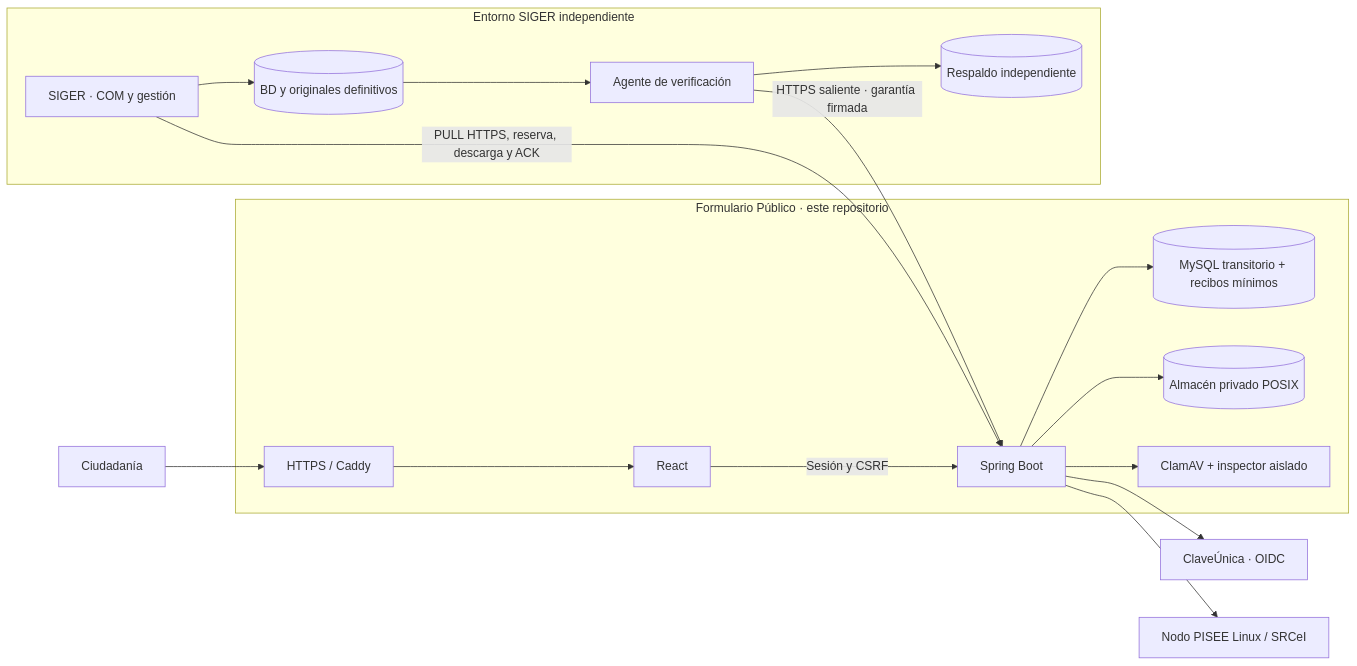
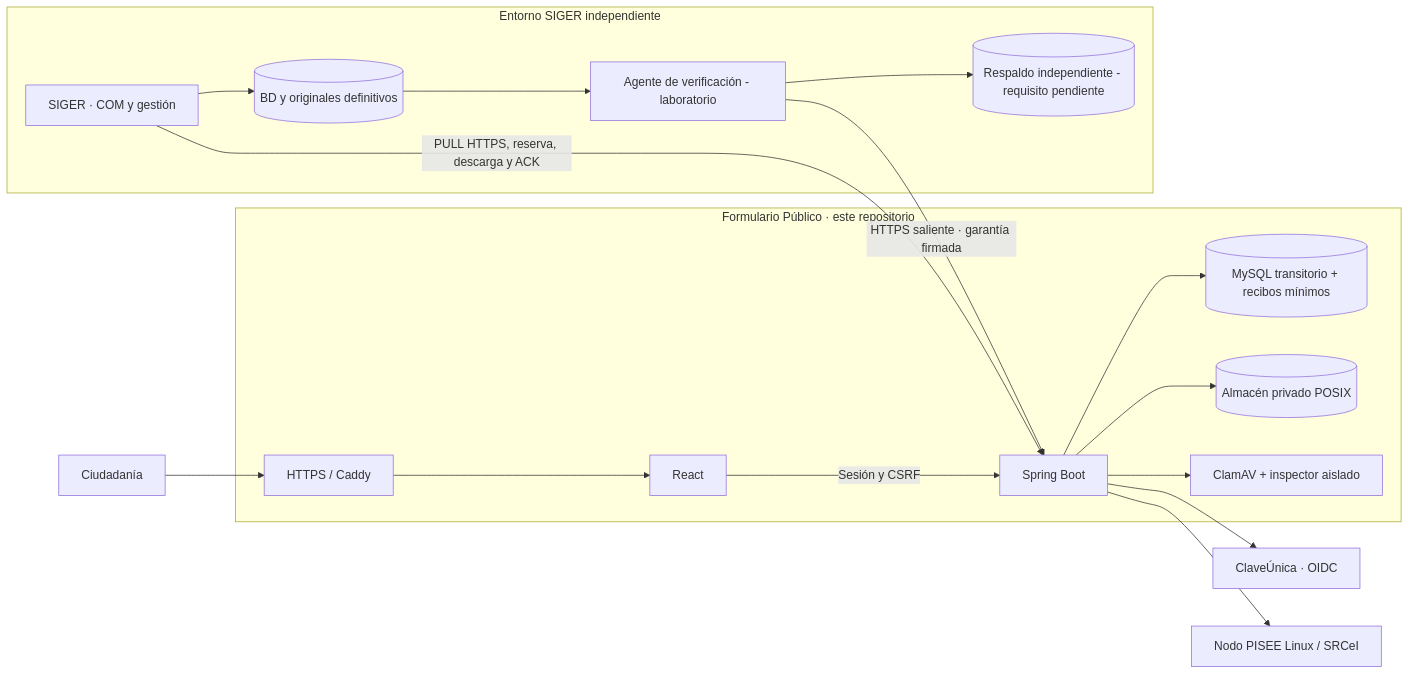
One commit to chashmdai/formulario-web changed the first of 4 diagrams in README.md. Above: the diagram before and after it, drawn with Mermaid. The commit also changed other lines of this file and 7 other files, not shown here.

````diff
--- a/README.md
+++ b/README.md
@@ -25,20 +65,20 @@
 ```mermaid
 flowchart LR
   C[Ciudadanía] --> HTTPS[HTTPS / Caddy]
   subgraph Publico[Formulario Público · este repositorio]
     HTTPS --> R[React]
     R -->|Sesión y CSRF| API[Spring Boot]
     API --> DB[(MySQL transitorio + recibos mínimos)]
     API --> FILES[(Almacén privado POSIX)]
     API --> AV[ClamAV + inspector aislado]
   end
   API --> CU[ClaveÚnica · OIDC]
   API --> PISEE[Nodo PISEE Linux / SRCeI]
   subgraph Institucional[Entorno SIGER independiente]
     SIGER[SIGER · COM y gestión] --> ARCH[(BD y originales definitivos)]
-    ARCH --> AG[Agente de verificación]
-    AG --> BK[(Respaldo independiente)]
+    ARCH --> AG[Agente de verificación - laboratorio]
+    AG --> BK[(Respaldo independiente - requisito pendiente)]
   end
   SIGER -->|PULL HTTPS, reserva, descarga y ACK| API
   AG -->|HTTPS saliente · garantía firmada| API
 ```
````
